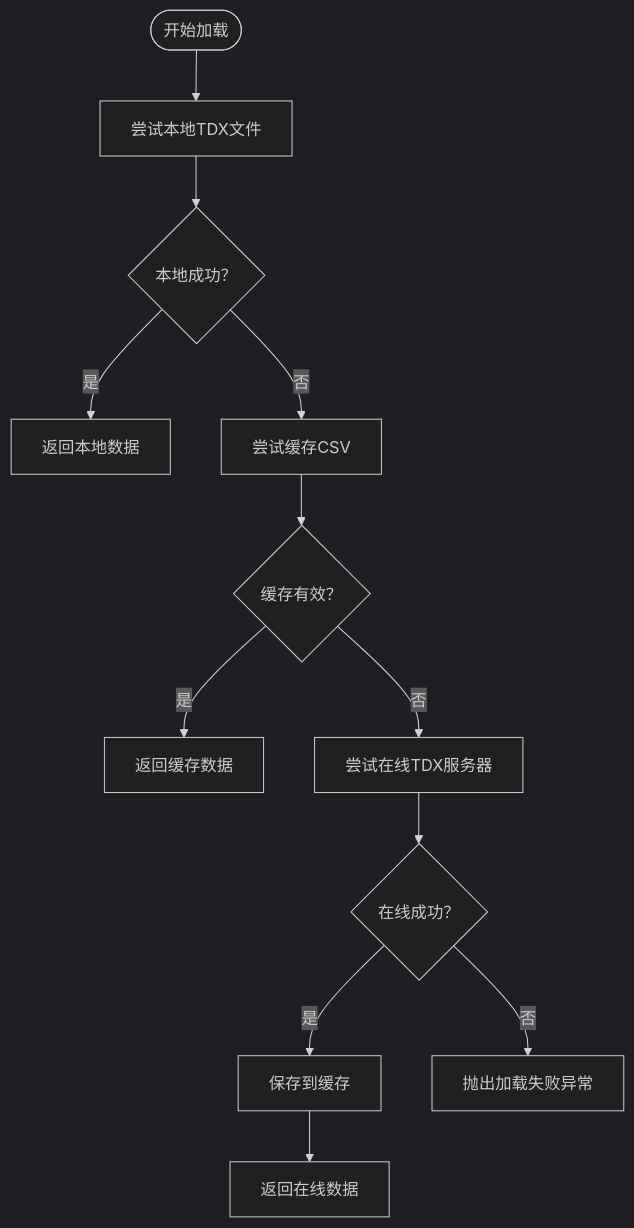
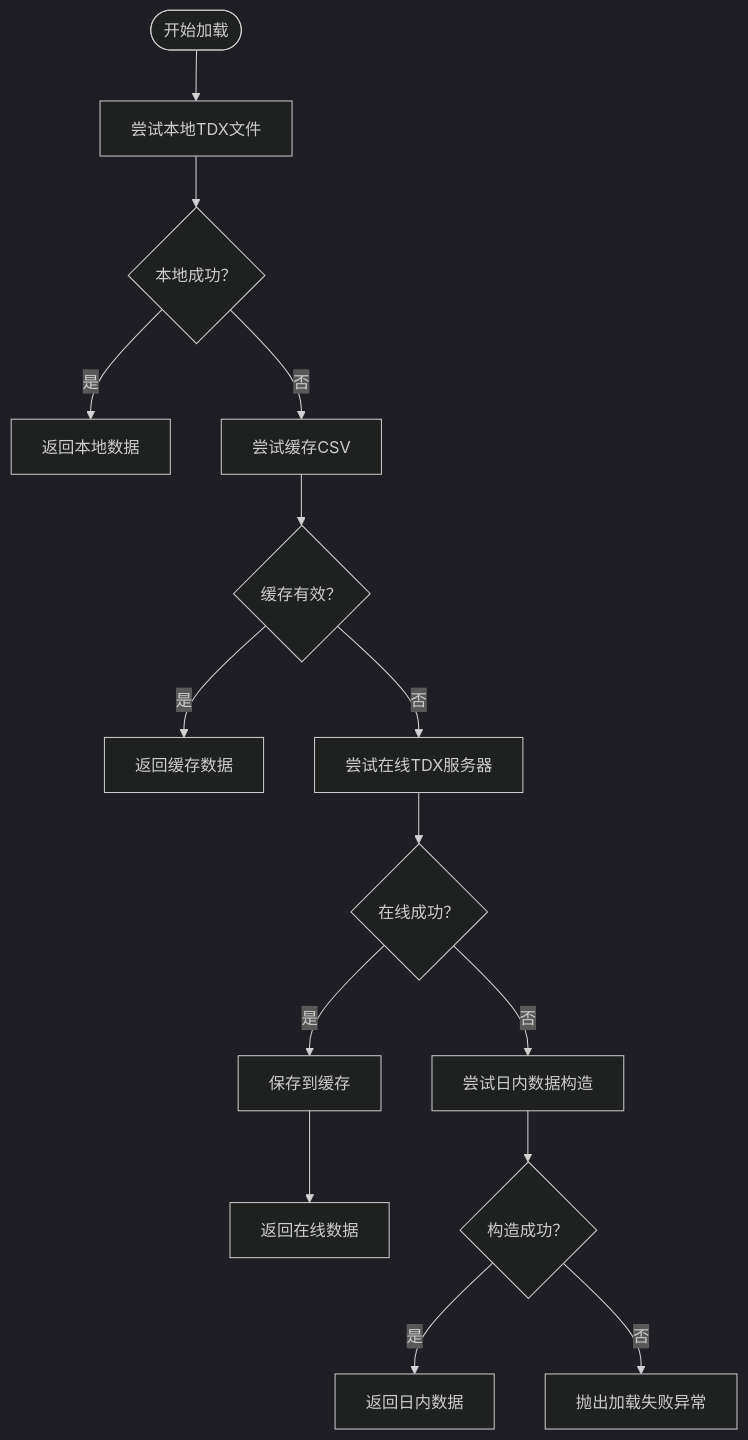
The third of 11 diagrams in .qoder/repowiki/zh/content/数据处理系统/数据处理系统.md (ldeng76/quant-ETF), drawn with Mermaid (dark theme) before and after one commit. The commit also changed other lines of this file and 12 other files, not shown here.

````diff
--- a/.qoder/repowiki/zh/content/数据处理系统/数据处理系统.md
+++ b/.qoder/repowiki/zh/content/数据处理系统/数据处理系统.md
@@ -194,13 +266,16 @@
 ```mermaid
 flowchart TD
 Start(["开始加载"]) --> TryLocal["尝试本地TDX文件"]
 TryLocal --> LocalOK{"本地成功？"}
 LocalOK --> |是| ReturnLocal["返回本地数据"]
 LocalOK --> |否| TryCache["尝试缓存CSV"]
 TryCache --> CacheOK{"缓存有效？"}
 CacheOK --> |是| ReturnCache["返回缓存数据"]
 CacheOK --> |否| TryOnline["尝试在线TDX服务器"]
 TryOnline --> OnlineOK{"在线成功？"}
 OnlineOK --> |是| SaveCache["保存到缓存"] --> ReturnOnline["返回在线数据"]
-OnlineOK --> |否| RaiseErr["抛出加载失败异常"]
+OnlineOK --> |否| TryIntraday["尝试日内数据构造"]
+TryIntraday --> IntradayOK{"构造成功？"}
+IntradayOK --> |是| ReturnIntraday["返回日内数据"]
+IntradayOK --> |否| RaiseErr["抛出加载失败异常"]
 ```
````
